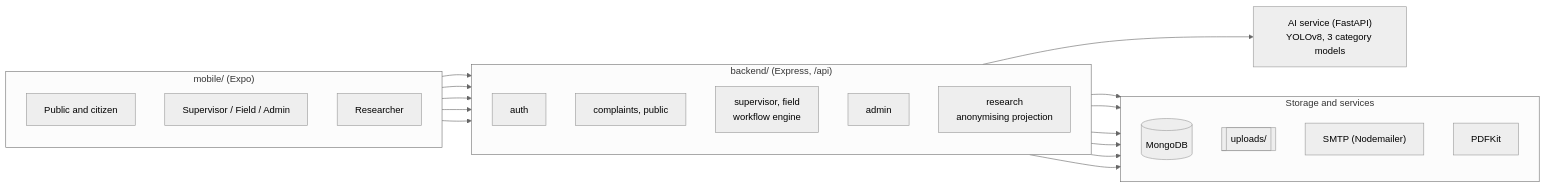
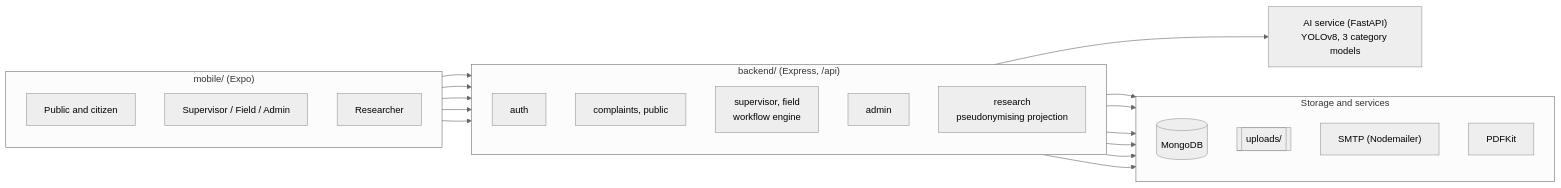
The first of 2 diagrams in README.md (pizzaparth/urbanfix), drawn with Mermaid (neutral theme) before and after one commit. The commit also changed other lines of this file and 76 other files, not shown here.

````diff
--- a/README.md
+++ b/README.md
@@ -60,37 +60,37 @@
 ```mermaid
 flowchart LR
     subgraph Client["mobile/  (Expo)"]
         direction TB
         P["Public and citizen"]
         S["Supervisor / Field / Admin"]
         R["Researcher"]
     end
 
     subgraph API["backend/  (Express, /api)"]
         direction TB
         AU["auth"]
         CO["complaints, public"]
         WF["supervisor, field<br/>workflow engine"]
         AD["admin"]
-        RS["research<br/>anonymising projection"]
+        RS["research<br/>pseudonymising projection"]
     end
 
     subgraph Data["Storage and services"]
         direction TB
         DB[("MongoDB")]
         UP[["uploads/"]]
         ML["SMTP (Nodemailer)"]
         PDF["PDFKit"]
     end
 
     AI["AI service (FastAPI)<br/>YOLOv8, 3 category models"]
 
     P --> AU & CO
     S --> WF & AD
     R --> RS
     API --> DB
     CO & WF --> UP
     CO & WF --> ML
     WF --> PDF
     CO --> AI
 ```
````
